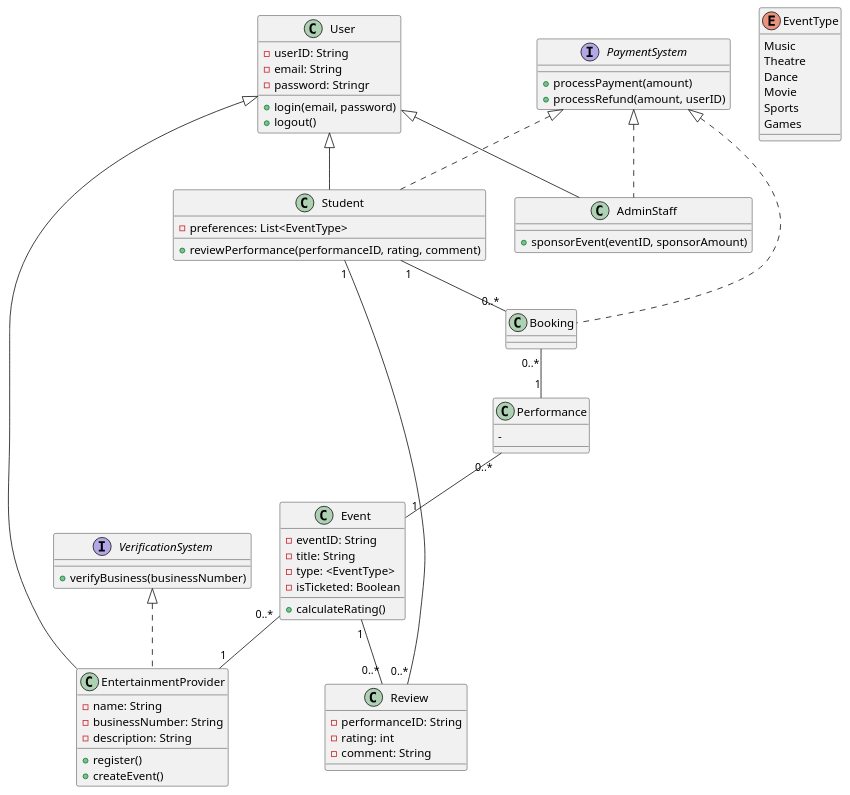
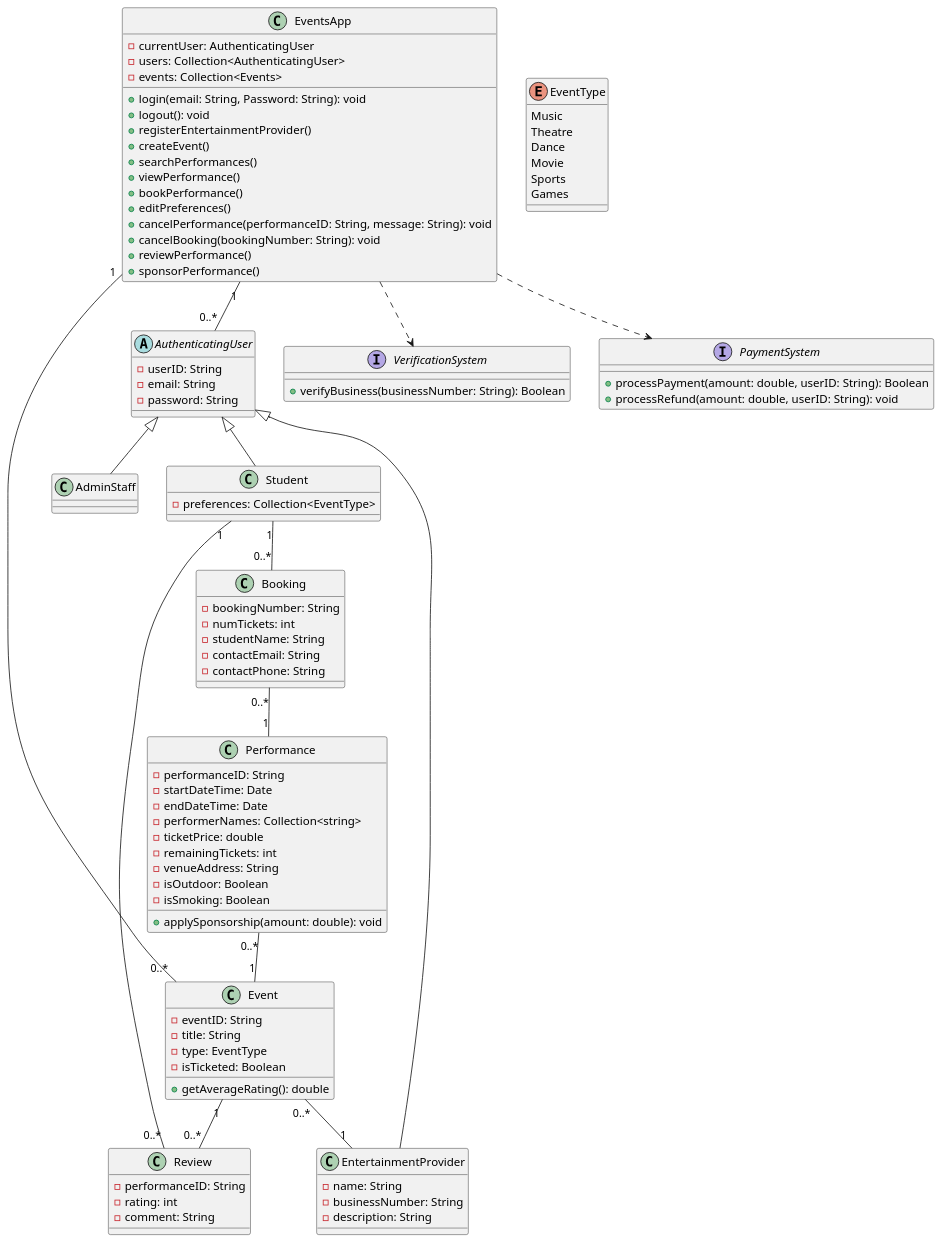
One commit to Kingjinsight/CourseWork changed the diagram in CW2/Task2.puml. Above: the diagram before and after it, drawn with PlantUML. The commit also changed 1 other file, not shown here.

```diff
--- a/CW2/Task2.puml
+++ b/CW2/Task2.puml
@@ -1,85 +1,114 @@
 @startuml
-class User {
+
+/'central controller
+currentUser used to distinguish user type, student or adminstaff or ep by access users
+'/
+class EventsApp {
+    - currentUser: AuthenticatingUser 
+    - users: Collection<AuthenticatingUser>
+    - events: Collection<Events>
+    + login(email: String, Password: String): void
+    + logout(): void
+    + registerEntertainmentProvider()
+    + createEvent()
+    + searchPerformances()
+    + viewPerformance()
+    + bookPerformance()
+    + editPreferences()
+    + cancelPerformance(performanceID: String, message: String): void
+    + cancelBooking(bookingNumber: String): void
+    + reviewPerformance()
+    + sponsorPerformance()
+}
+
+abstract class AuthenticatingUser {
     - userID: String
     - email: String
-    - password: Stringr
-    + login(email, password)
-    + logout()
+    - password: String
 }
 
 class EntertainmentProvider {
     - name: String
     - businessNumber: String
     - description: String
-    + register()
-    + createEvent()
 }
 
 class AdminStaff {
-    + sponsorEvent(eventID, sponsorAmount)
 }
 
 class Student {
-    - preferences: List<EventType>
-    + reviewPerformance(performanceID, rating, comment)
+    - preferences: Collection<EventType>
 }
 
 class Performance {
-    - 
+    - performanceID: String
+    - startDateTime: Date
+    - endDateTime: Date 
+    - performerNames: Collection<string>
+    - ticketPrice: double
+    - remainingTickets: int
+    - venueAddress: String 
+    - isOutdoor: Boolean
+    - isSmoking: Boolean
+    + applySponsorship(amount: double): void
 }
 
 class Booking {
-
+    - bookingNumber: String
+    - numTickets: int
+    - studentName: String
+    - contactEmail: String
+    - contactPhone: String
 }
 
 class Review {
     - performanceID: String
     - rating: int
     - comment: String
 }
 
 class Event {
     - eventID: String
     - title: String
-    - type: <EventType>
+    - type: EventType
     - isTicketed: Boolean
-    + calculateRating()
+    + getAverageRating(): double
 }
 
 interface VerificationSystem {
-    + verifyBusiness(businessNumber)
+    + verifyBusiness(businessNumber: String): Boolean
 }
 
 interface PaymentSystem {
-    + processPayment(amount)
-    + processRefund(amount, userID)
+    + processPayment(amount: double, userID: String): Boolean
+    + processRefund(amount: double, userID: String): void
 }
 
 enum EventType {
    Music
    Theatre
    Dance
    Movie
    Sports
    Games
 }
 
-User <|-- Student
-User <|-- AdminStaff
-User <|-- EntertainmentProvider
+
+EventsApp "1" -- "0..*" AuthenticatingUser
+EventsApp "1" -- "0..*" Event
+EventsApp ..> PaymentSystem
+EventsApp ..> VerificationSystem
+
+AuthenticatingUser <|-- AdminStaff
+AuthenticatingUser <|-- EntertainmentProvider
+AuthenticatingUser <|-- Student
 
 Student "1" -- "0..*" Review
 Student "1" -- "0..*" Booking
 
-
-VerificationSystem <|.. EntertainmentProvider
-
-PaymentSystem <|.. Student
-PaymentSystem <|.. AdminStaff
-PaymentSystem <|.. Booking
 
 Booking "0..*" -- "1" Performance
 Performance "0..*" -- "1" Event
 Event "0..*" -- "1" EntertainmentProvider
 Event "1" -- "0..*" Review
 @enduml
```
